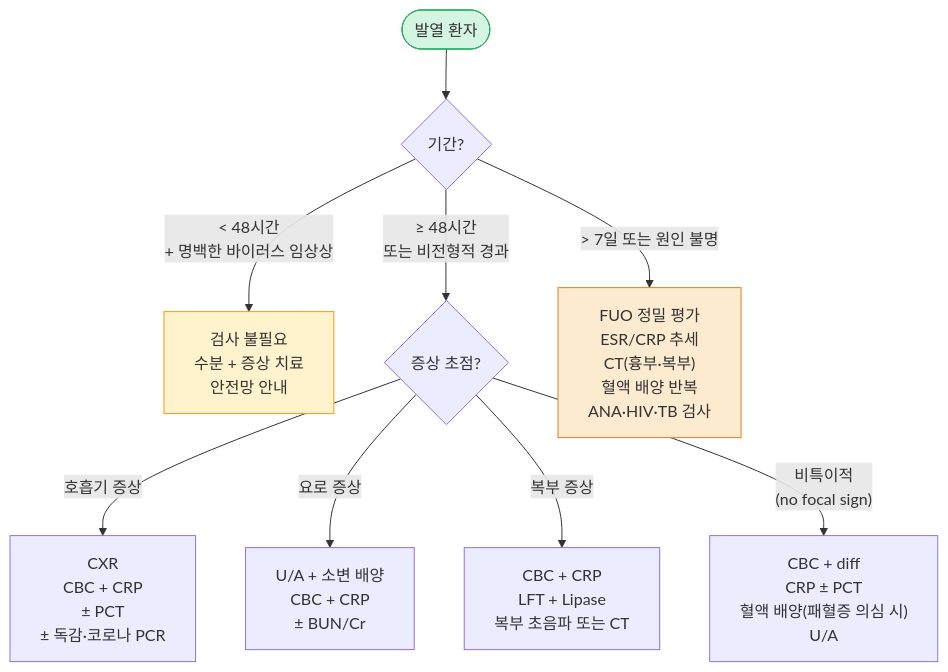
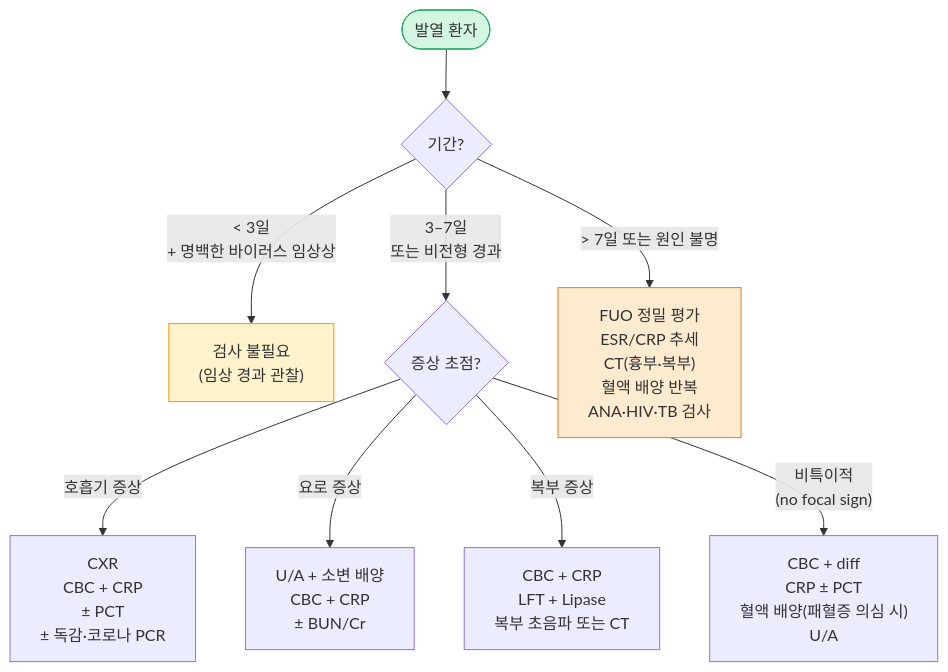
One commit to familyoh77/familyoh77 changed the first of 2 diagrams in 220_/011_-fever.md. Above: the diagram before and after it, drawn with Mermaid. The commit also changed other lines of this file, not shown here.

````diff
--- a/220_/011_-fever.md
+++ b/220_/011_-fever.md
@@ -96,14 +96,14 @@
 ```mermaid
 graph TD
     A([발열 환자]) --> B{기간?}
-    B -->|"< 48시간<br/>+ 명백한 바이러스 임상상"| C["검사 불필요<br/>수분 + 증상 치료<br/>안전망 안내"]
-    B -->|"≥ 48시간<br/>또는 비전형적 경과"| D{증상 초점?}
+    B -->|"< 3일<br/>+ 명백한 바이러스 임상상"| C["검사 불필요<br/>(임상 경과 관찰)"]
+    B -->|"3–7일<br/>또는 비전형 경과"| D{증상 초점?}
     D -->|호흡기 증상| E["CXR<br/>CBC + CRP<br/>± PCT<br/>± 독감·코로나 PCR"]
     D -->|요로 증상| F["U/A + 소변 배양<br/>CBC + CRP<br/>± BUN/Cr"]
     D -->|복부 증상| G["CBC + CRP<br/>LFT + Lipase<br/>복부 초음파 또는 CT"]
     D -->|"비특이적<br/>(no focal sign)"| H["CBC + diff<br/>CRP ± PCT<br/>혈액 배양(패혈증 의심 시)<br/>U/A"]
     B -->|"> 7일 또는 원인 불명"| I["FUO 정밀 평가<br/>ESR/CRP 추세<br/>CT(흉부·복부)<br/>혈액 배양 반복<br/>ANA·HIV·TB 검사"]
     style A fill:#d5f5e3,stroke:#27ae60
     style C fill:#fff3cd,stroke:#f39c12
     style I fill:#fdebd0,stroke:#e67e22
 ```
````
